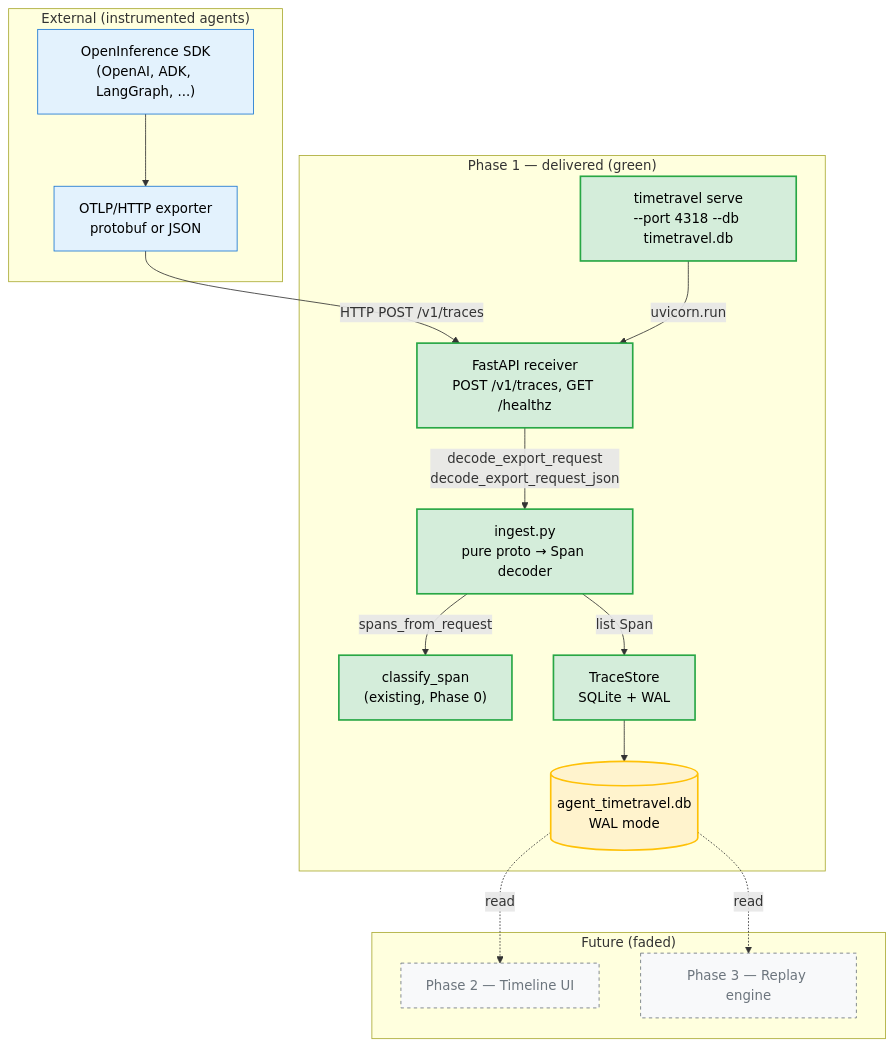
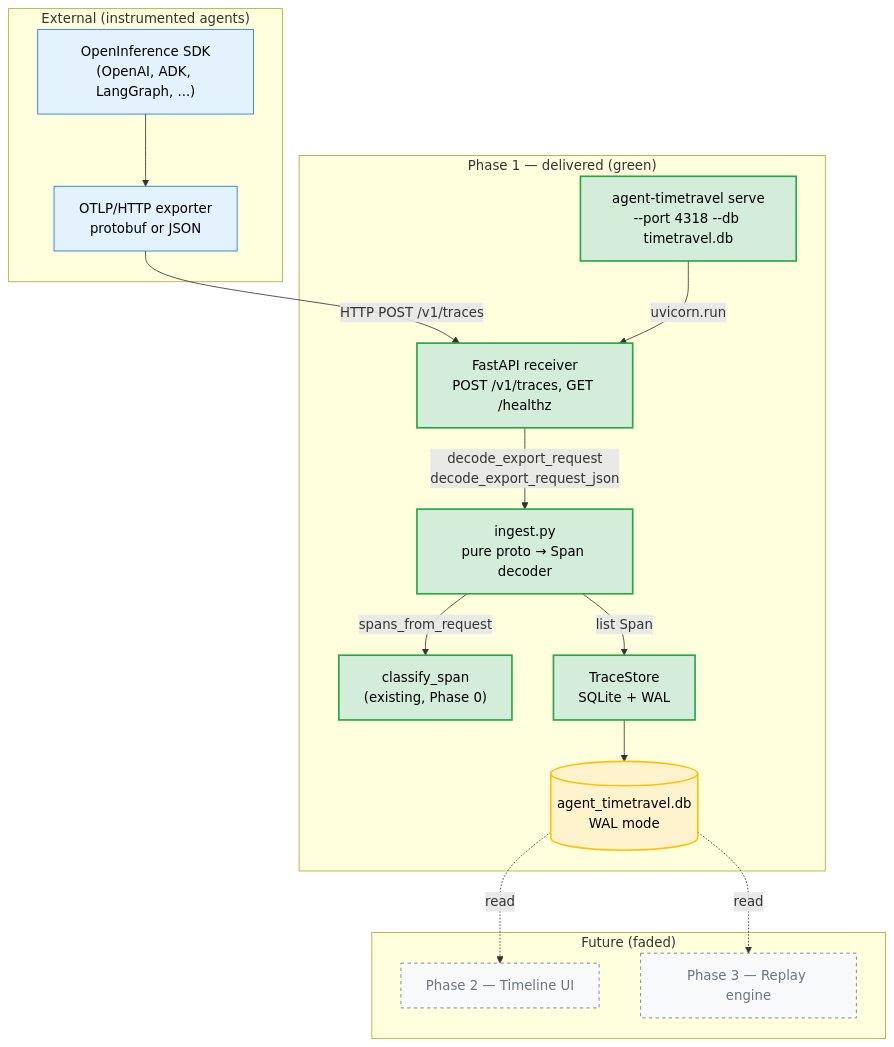
The diagram in docs/diagrams/phase1-architecture.mmd (akshay-mp/Rewind), drawn with Mermaid before and after one commit. The commit also changed 113 other files, not shown here.

Commit message:
Prepare agent-timetravel 0.2.0 release

```diff
--- a/docs/diagrams/phase1-architecture.mmd
+++ b/docs/diagrams/phase1-architecture.mmd
@@ -1,43 +1,43 @@
 flowchart TB
     %% Phase 1 architecture: OTLP/HTTP ingestion surface
     %% Reading order top→bottom = agent exports → TimeTravel persists.
 
     subgraph P1Delivered["Phase 1 — delivered (green)"]
-        CLI["timetravel serve<br/>--port 4318 --db timetravel.db"]
+        CLI["agent-timetravel serve<br/>--port 4318 --db timetravel.db"]
         Receiver["FastAPI receiver<br/>POST /v1/traces, GET /healthz"]
         Ingest["ingest.py<br/>pure proto → Span decoder"]
         Classify["classify_span<br/>(existing, Phase 0)"]
         Store["TraceStore<br/>SQLite + WAL"]
         DB[("agent_timetravel.db<br/>WAL mode")]
     end
 
     subgraph P1Future["Future (faded)"]
         TimelineUI["Phase 2 — Timeline UI"]
         Engine["Phase 3 — Replay engine"]
     end
 
     subgraph P1External["External (instrumented agents)"]
         AgentSDK["OpenInference SDK<br/>(OpenAI, ADK, LangGraph, ...)"]
         OTLP["OTLP/HTTP exporter<br/>protobuf or JSON"]
     end
 
     AgentSDK --> OTLP
     OTLP -->|HTTP POST /v1/traces| Receiver
     CLI -->|uvicorn.run| Receiver
     Receiver -->|decode_export_request<br/>decode_export_request_json| Ingest
     Ingest -->|spans_from_request| Classify
     Ingest -->|list Span| Store
     Store --> DB
     DB -.read.-> TimelineUI
     DB -.read.-> Engine
 
     %% Styling
     classDef delivered fill:#d4edda,stroke:#28a745,stroke-width:2px,color:#000
     classDef future fill:#f8f9fa,stroke:#6c757d,stroke-dasharray:4 4,color:#6c757d
     classDef ext fill:#e3f2fd,stroke:#1976d2,stroke-width:1px,color:#000
     classDef db fill:#fff3cd,stroke:#ffc107,stroke-width:2px,color:#000
 
     class CLI,Receiver,Ingest,Classify,Store delivered
     class DB db
     class TimelineUI,Engine future
     class AgentSDK,OTLP,AgentSDK,OTLP ext
```
